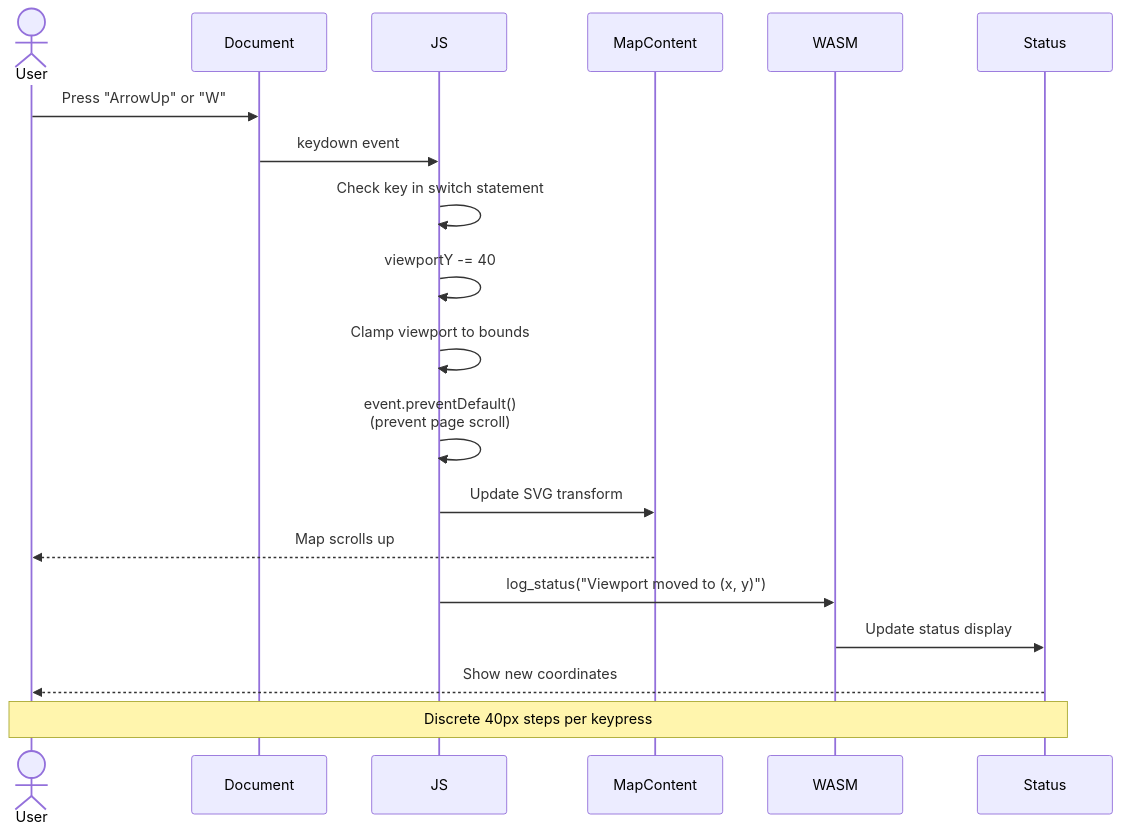
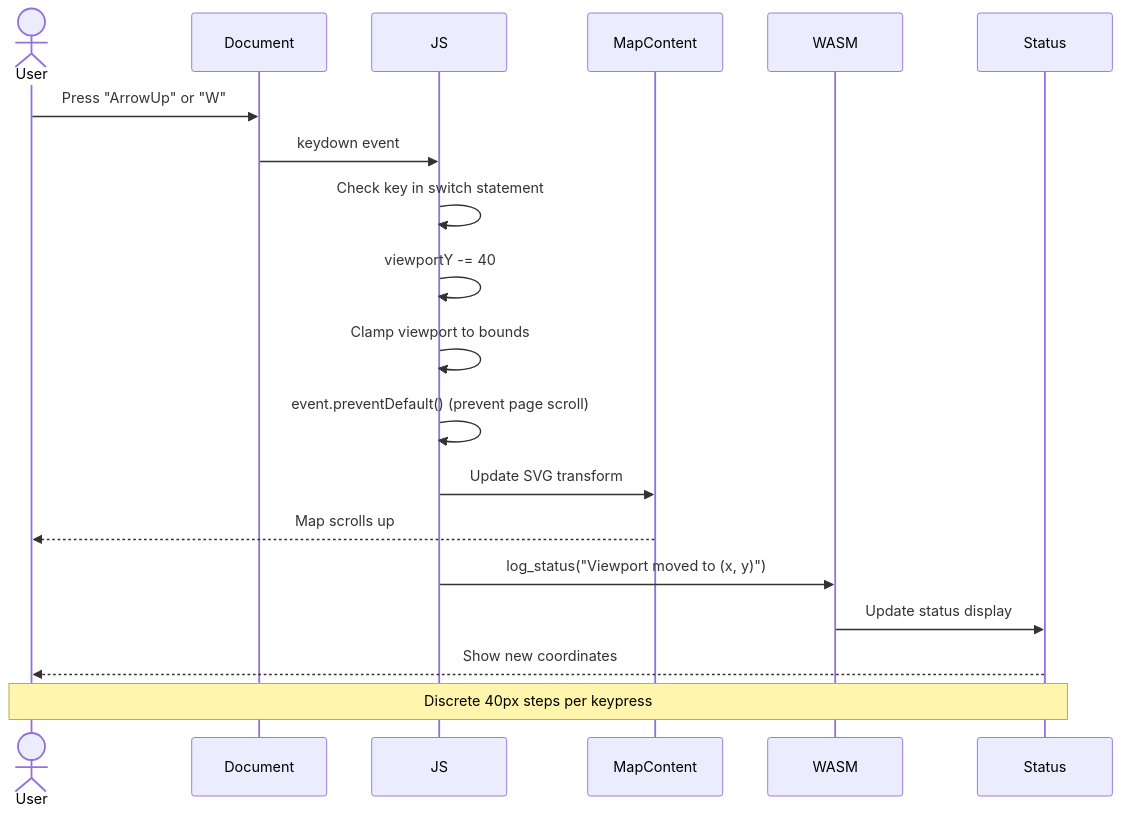
Before and after one commit to softwarewrighter/rts_mock: the tenth of 13 diagrams in wiki/Interaction-Flows.md, drawn with Mermaid. The commit also changed other lines of this file and 5 other files, not shown here.

First line of the commit message:
Fix wiki Mermaid diagrams: remove <br/> tags

````diff
--- a/wiki/Interaction-Flows.md
+++ b/wiki/Interaction-Flows.md
@@ -316,23 +316,23 @@
 ```mermaid
 sequenceDiagram
     actor User
     participant Document
     participant JS
     participant MapContent
     participant WASM
     participant Status
 
     User->>Document: Press "ArrowUp" or "W"
     Document->>JS: keydown event
     JS->>JS: Check key in switch statement
     JS->>JS: viewportY -= 40
     JS->>JS: Clamp viewport to bounds
-    JS->>JS: event.preventDefault()<br/>(prevent page scroll)
+    JS->>JS: event.preventDefault() (prevent page scroll)
     JS->>MapContent: Update SVG transform
     MapContent-->>User: Map scrolls up
     JS->>WASM: log_status("Viewport moved to (x, y)")
     WASM->>Status: Update status display
     Status-->>User: Show new coordinates
 
     Note over User,Status: Discrete 40px steps per keypress
 ```
````
